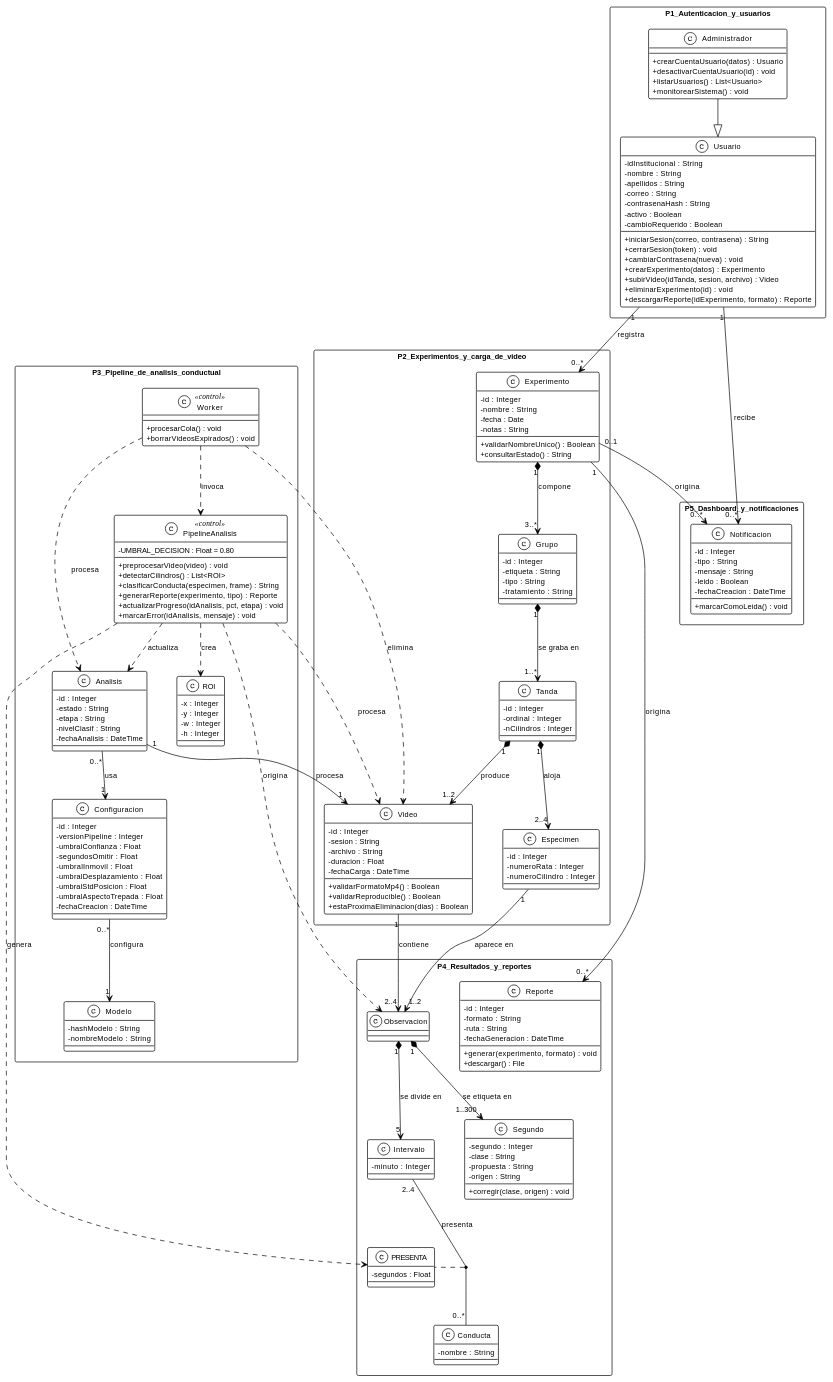
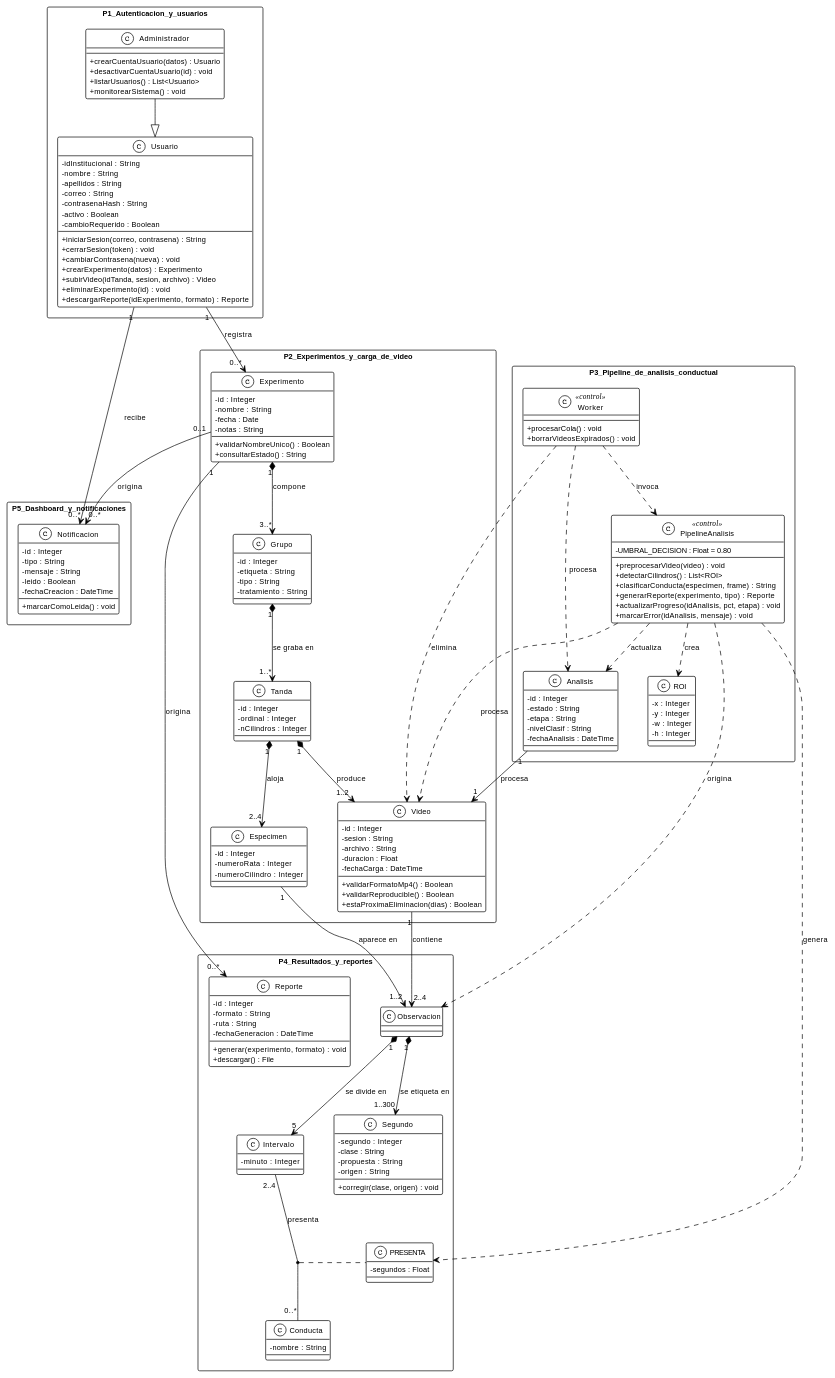
Before and after one commit to ErickJester/fst-ai-system-latex: diagram 13 of 38 in INSTRUCCIONES-WEB.md, drawn with PlantUML. The commit also changed other lines of this file and 18 other files, not shown here.

```diff
--- a/INSTRUCCIONES-WEB.md
+++ b/INSTRUCCIONES-WEB.md
@@ -1527,21 +1487,6 @@
     -nivelClasif : String
     -fechaAnalisis : DateTime
   }
-  class Modelo {
-    -hashModelo : String
-    -nombreModelo : String
-  }
-  class Configuracion {
-    -id : Integer
-    -versionPipeline : Integer
-    -umbralConfianza : Float
-    -segundosOmitir : Float
-    -umbralInmovil : Float
-    -umbralDesplazamiento : Float
-    -umbralStdPosicion : Float
-    -umbralAspectoTrepada : Float
-    -fechaCreacion : DateTime
-  }
 }
 
 package P4_Resultados_y_reportes {
@@ -1594,8 +1539,6 @@
 Tanda       "1" *--> "1..2" Video     : produce
 
 Analisis "1" --> "1" Video            : procesa
-Analisis "0..*" --> "1" Configuracion : usa
-Configuracion "0..*" --> "1" Modelo   : configura
 
 Worker ..> PipelineAnalisis : invoca
 Worker ..> Analisis         : procesa
```
